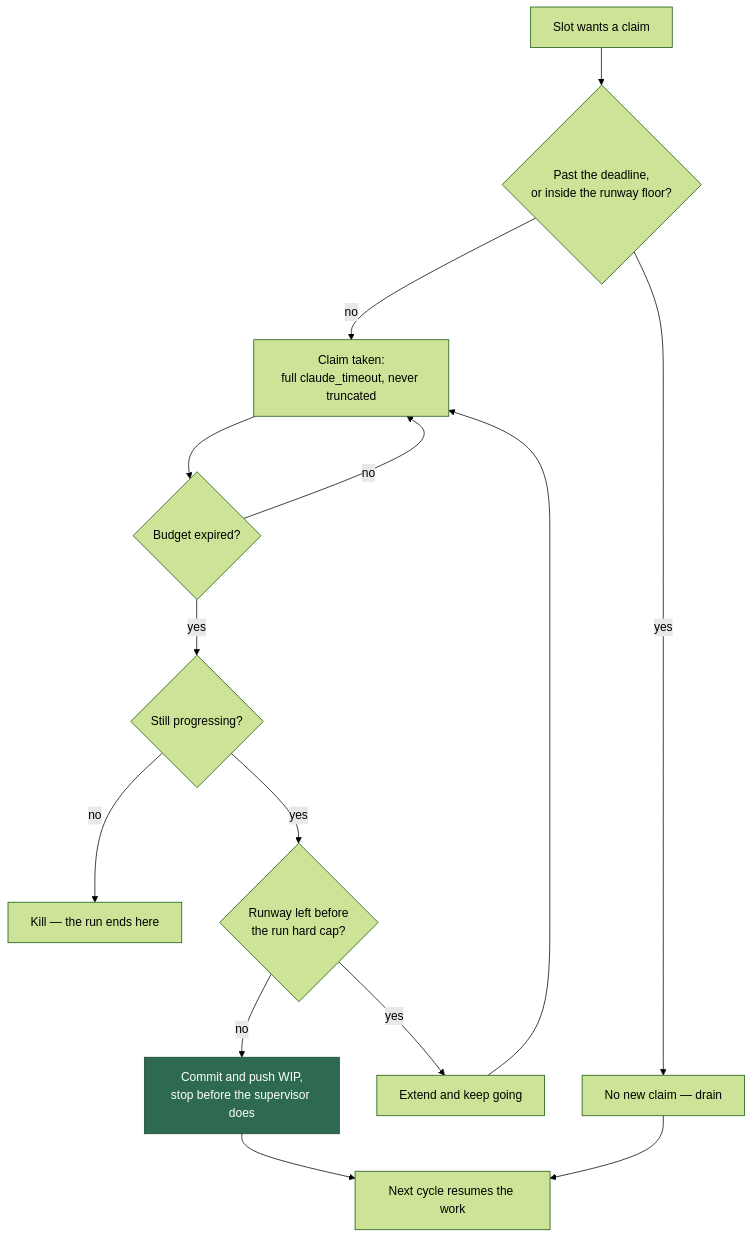
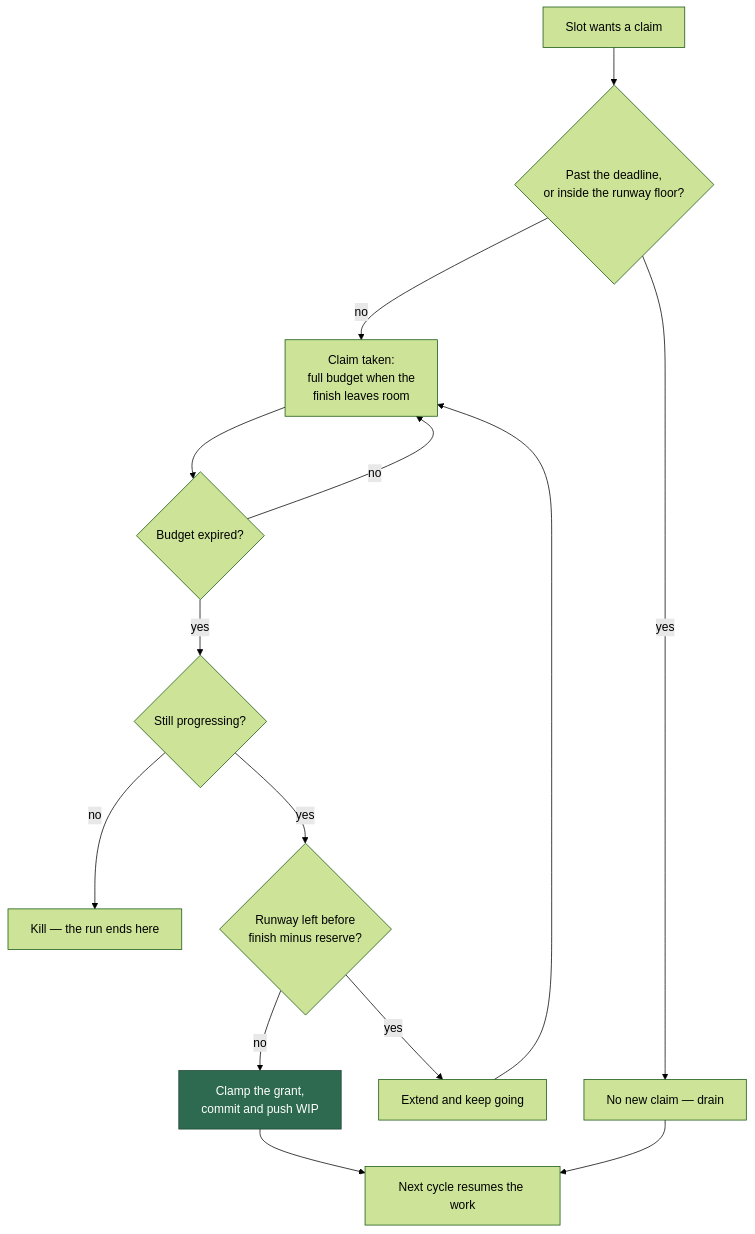
One commit to stSoftwareAU/VibeCoder changed diagram 13 of 29 in docs/CONFIGURATION.md. Above: the diagram before and after it, drawn with Mermaid (forest theme). The commit also changed other lines of this file and 37 other files, not shown here.

First line of the commit message:
Run timeline: clamp sessions, grants and the drain to the two-hour finish.

````diff
--- a/docs/CONFIGURATION.md
+++ b/docs/CONFIGURATION.md
@@ -2463,16 +2475,16 @@
 ```mermaid
 flowchart TD
     S[Slot wants a claim] --> G{Past the deadline,<br/>or inside the runway floor?}
     G -->|yes| D[No new claim — drain]
-    G -->|no| C[Claim taken:<br/>full claude_timeout, never truncated]
+    G -->|no| C[Claim taken:<br/>full budget when the<br/>finish leaves room]
     C --> P{Budget expired?}
     P -->|no| C
     P -->|yes| E{Still progressing?}
     E -->|no| K[Kill — the run ends here]
-    E -->|yes| H{Runway left before<br/>the run hard cap?}
+    E -->|yes| H{Runway left before<br/>finish minus reserve?}
     H -->|yes| X[Extend and keep going] --> C
-    H -->|no| W[Commit and push WIP,<br/>stop before the supervisor does]
+    H -->|no| W[Clamp the grant,<br/>commit and push WIP]
     W --> R[Next cycle resumes the work]
     D --> R
     style W fill:#2d6a4f,stroke:#1b4332,color:#fff
 ```
````
